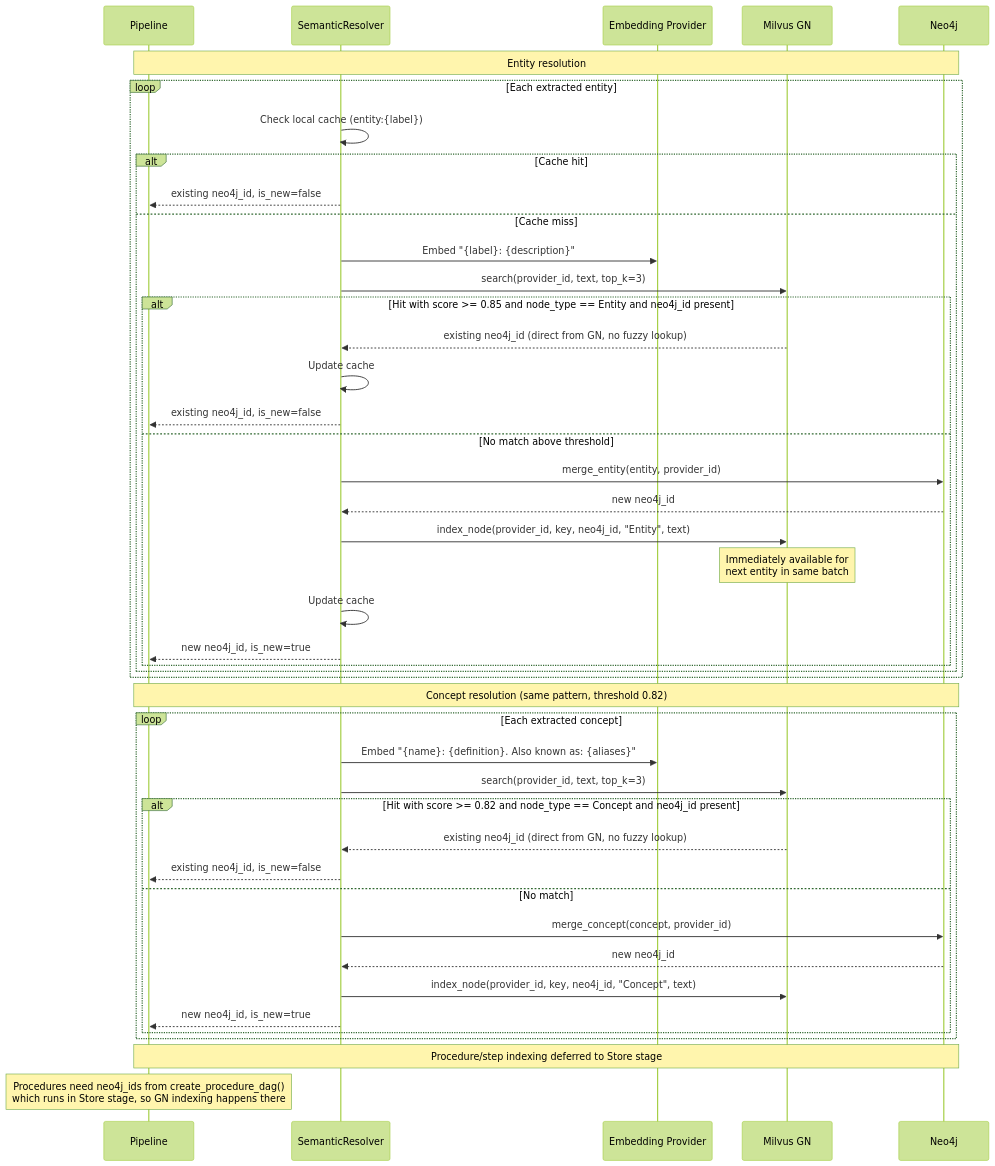
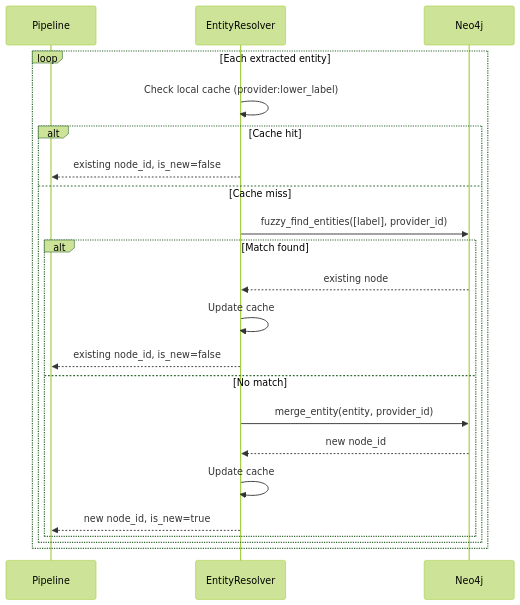
Before and after one commit to rashwin88/trident-demo: the sixth of 7 diagrams in docs/ingestion-pipeline.md, drawn with Mermaid (forest theme). The commit also changed other lines of this file and 16 other files, not shown here.

````diff
--- a/docs/ingestion-pipeline.md
+++ b/docs/ingestion-pipeline.md
@@ -249,49 +172,25 @@
 ```mermaid
 sequenceDiagram
     participant P as Pipeline
-    participant SR as SemanticResolver
-    participant EMB as Embedding Provider
-    participant GN as Milvus GN
+    participant R as EntityResolver
     participant G as Neo4j
 
-    Note over P,G: Entity resolution
     loop Each extracted entity
-        SR->>SR: Check local cache (entity:{label})
+        R->>R: Check local cache (provider:lower_label)
         alt Cache hit
-            SR-->>P: existing neo4j_id, is_new=false
+            R-->>P: existing node_id, is_new=false
         else Cache miss
-            SR->>EMB: Embed "{label}: {description}"
-            SR->>GN: search(provider_id, text, top_k=3)
-            alt Hit with score >= 0.85 and node_type == Entity and neo4j_id present
-                GN-->>SR: existing neo4j_id (direct from GN, no fuzzy lookup)
-                SR->>SR: Update cache
-                SR-->>P: existing neo4j_id, is_new=false
-            else No match above threshold
-                SR->>G: merge_entity(entity, provider_id)
-                G-->>SR: new neo4j_id
-                SR->>GN: index_node(provider_id, key, neo4j_id, "Entity", text)
-                Note over GN: Immediately available for<br/>next entity in same batch
-                SR->>SR: Update cache
-                SR-->>P: new neo4j_id, is_new=true
+            R->>G: fuzzy_find_entities([label], provider_id)
+            alt Match found
+                G-->>R: existing node
+                R->>R: Update cache
+                R-->>P: existing node_id, is_new=false
+            else No match
+                R->>G: merge_entity(entity, provider_id)
+                G-->>R: new node_id
+                R->>R: Update cache
+                R-->>P: new node_id, is_new=true
             end
         end
     end
-
-    Note over P,G: Concept resolution (same pattern, threshold 0.82)
-    loop Each extracted concept
-        SR->>EMB: Embed "{name}: {definition}. Also known as: {aliases}"
-        SR->>GN: search(provider_id, text, top_k=3)
-        alt Hit with score >= 0.82 and node_type == Concept and neo4j_id present
-            GN-->>SR: existing neo4j_id (direct from GN, no fuzzy lookup)
-            SR-->>P: existing neo4j_id, is_new=false
-        else No match
-            SR->>G: merge_concept(concept, provider_id)
-            G-->>SR: new neo4j_id
-            SR->>GN: index_node(provider_id, key, neo4j_id, "Concept", text)
-            SR-->>P: new neo4j_id, is_new=true
-        end
-    end
-
-    Note over P,G: Procedure/step indexing deferred to Store stage
-    Note over P: Procedures need neo4j_ids from create_procedure_dag()<br/>which runs in Store stage, so GN indexing happens there
 ```
````
